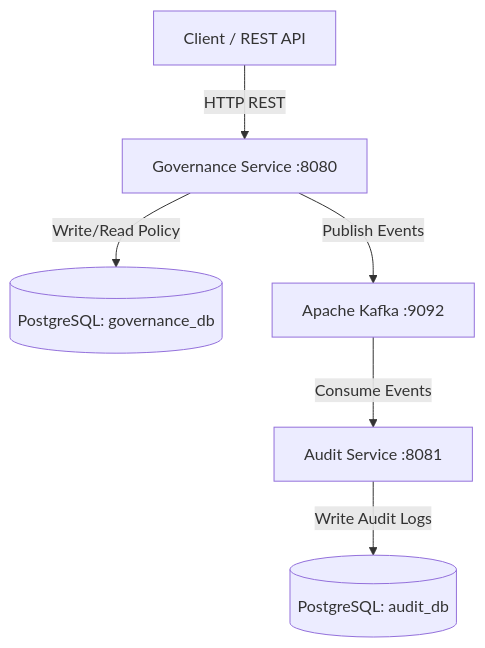
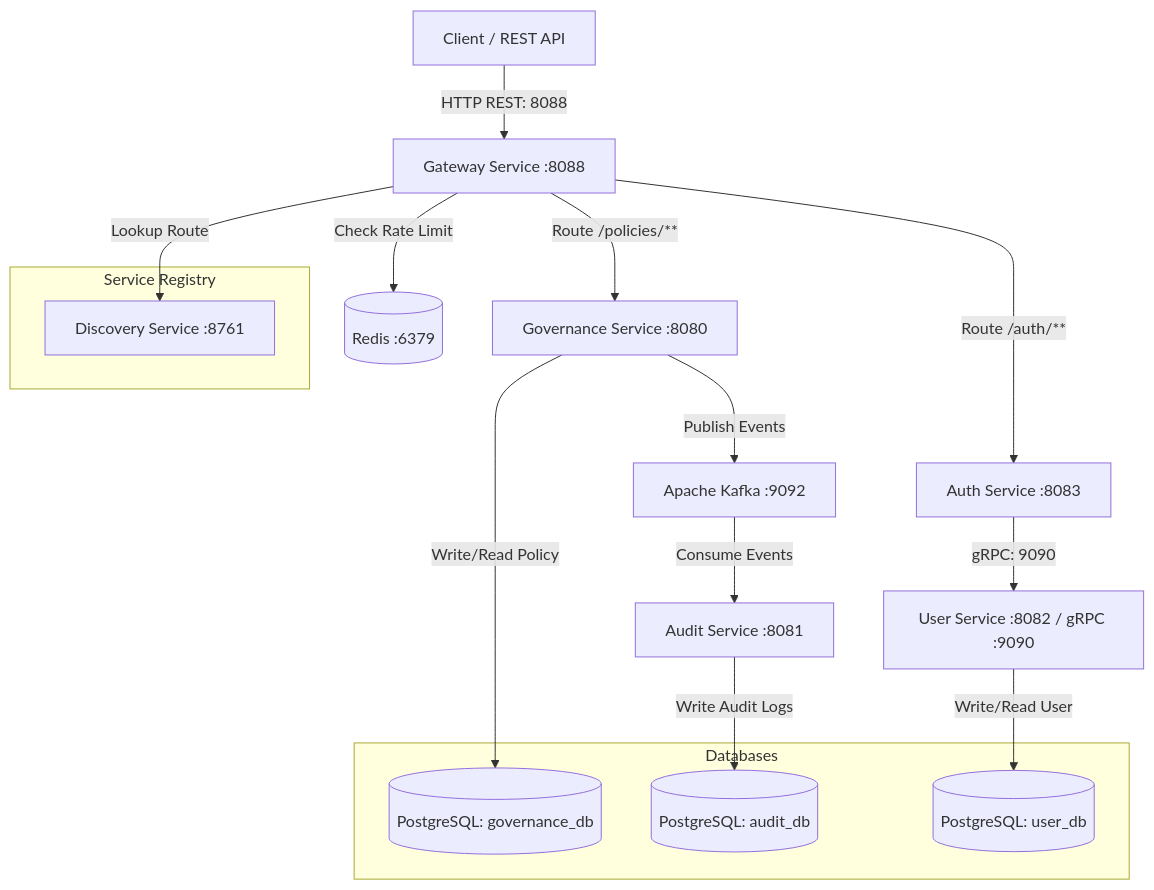
Before and after one commit to ezedincode/Governance-Policy-Management-System-with-Audit-Logging: the diagram in README.md, drawn with Mermaid. The commit also changed other lines of this file, not shown here.

````diff
--- a/README.md
+++ b/README.md
@@ -11,8 +11,29 @@
 ```mermaid
 graph TD
-    Client[Client / REST API] -->|HTTP REST| GovService[Governance Service :8080]
-    GovService -->|Write/Read Policy| GovDB[(PostgreSQL: governance_db)]
+    Client[Client / REST API] -->|HTTP REST: 8088| Gateway[Gateway Service :8088]
+    
+    subgraph Service Registry
+        Eureka[Discovery Service :8761]
+    end
+    
+    Gateway -->|Lookup Route| Eureka
+    Gateway -->|Check Rate Limit| Redis[(Redis :6379)]
+    
+    Gateway -->|Route /auth/**| AuthService[Auth Service :8083]
+    Gateway -->|Route /policies/**| GovService[Governance Service :8080]
+    
+    AuthService -->|gRPC: 9090| UserService[User Service :8082 / gRPC :9090]
+    
+    subgraph Databases
+        GovDB[(PostgreSQL: governance_db)]
+        AuditDB[(PostgreSQL: audit_db)]
+        UserDB[(PostgreSQL: user_db)]
+    end
+    
+    GovService -->|Write/Read Policy| GovDB
+    UserService -->|Write/Read User| UserDB
+    AuditService[Audit Service :8081] -->|Write Audit Logs| AuditDB
+    
     GovService -->|Publish Events| Kafka[Apache Kafka :9092]
-    Kafka -->|Consume Events| AuditService[Audit Service :8081]
-    AuditService -->|Write Audit Logs| AuditDB[(PostgreSQL: audit_db)]
+    Kafka -->|Consume Events| AuditService
 ```
````
